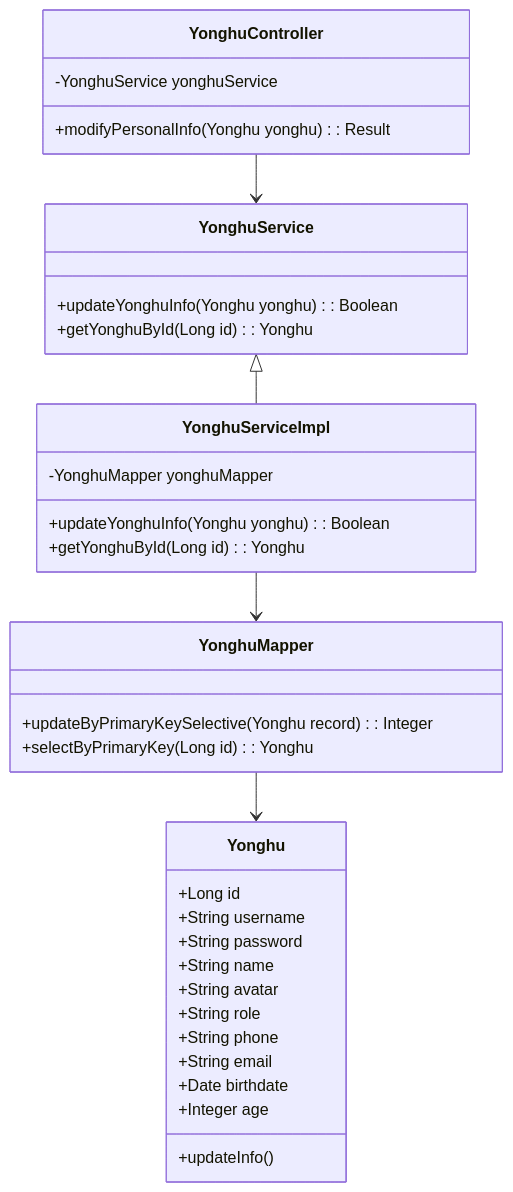
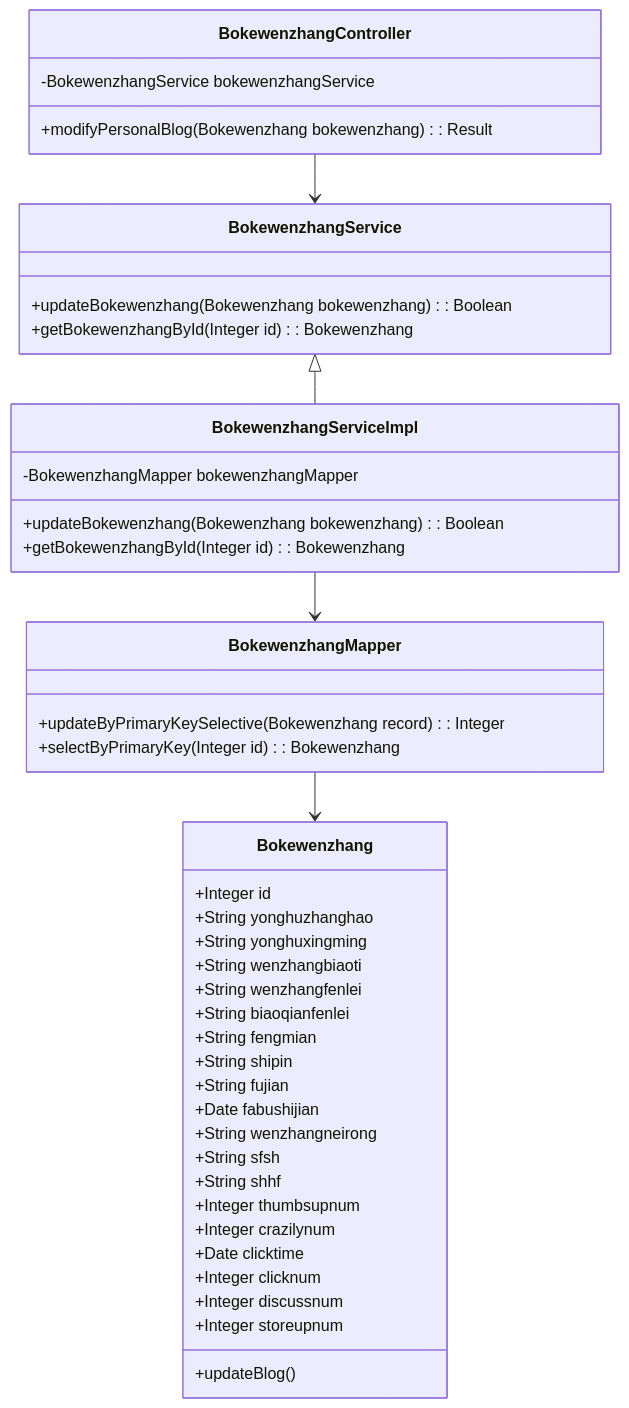
The diagram in all/未命名-5.md (DEbalanceUX/iodraw-files), drawn with Mermaid before and after one commit.

Commit message:
2025-12-26 03:24:20 update

````diff
--- a/all/未命名-5.md
+++ b/all/未命名-5.md
@@ -1,37 +1,46 @@
 ```mermaid
 classDiagram
-    class Yonghu{
-        +Long id
-        +String username
-        +String password
-        +String name
-        +String avatar
-        +String role
-        +String phone
-        +String email
-        +Date birthdate
-        +Integer age
-        +updateInfo()
+    class Bokewenzhang{
+        +Integer id
+        +String yonghuzhanghao
+        +String yonghuxingming
+        +String wenzhangbiaoti
+        +String wenzhangfenlei
+        +String biaoqianfenlei
+        +String fengmian
+        +String shipin
+        +String fujian
+        +Date fabushijian
+        +String wenzhangneirong
+        +String sfsh
+        +String shhf
+        +Integer thumbsupnum
+        +Integer crazilynum
+        +Date clicktime
+        +Integer clicknum
+        +Integer discussnum
+        +Integer storeupnum
+        +updateBlog()
     }
-    class YonghuService{
-        +updateYonghuInfo(Yonghu yonghu) : Boolean
-        +getYonghuById(Long id) : Yonghu
+    class BokewenzhangService{
+        +updateBokewenzhang(Bokewenzhang bokewenzhang) : Boolean
+        +getBokewenzhangById(Integer id) : Bokewenzhang
     }
-    YonghuService <|-- YonghuServiceImpl
-    class YonghuServiceImpl{
-        -YonghuMapper yonghuMapper
-        +updateYonghuInfo(Yonghu yonghu) : Boolean
-        +getYonghuById(Long id) : Yonghu
+    BokewenzhangService <|-- BokewenzhangServiceImpl
+    class BokewenzhangServiceImpl{
+        -BokewenzhangMapper bokewenzhangMapper
+        +updateBokewenzhang(Bokewenzhang bokewenzhang) : Boolean
+        +getBokewenzhangById(Integer id) : Bokewenzhang
     }
-    class YonghuMapper{
-        +updateByPrimaryKeySelective(Yonghu record) : Integer
-        +selectByPrimaryKey(Long id) : Yonghu
+    class BokewenzhangMapper{
+        +updateByPrimaryKeySelective(Bokewenzhang record) : Integer
+        +selectByPrimaryKey(Integer id) : Bokewenzhang
     }
-    class YonghuController{
-        -YonghuService yonghuService
-        +modifyPersonalInfo(Yonghu yonghu) : Result
+    class BokewenzhangController{
+        -BokewenzhangService bokewenzhangService
+        +modifyPersonalBlog(Bokewenzhang bokewenzhang) : Result
     }
-    YonghuController --> YonghuService
-    YonghuServiceImpl --> YonghuMapper
-    YonghuMapper --> Yonghu
+    BokewenzhangController --> BokewenzhangService
+    BokewenzhangServiceImpl --> BokewenzhangMapper
+    BokewenzhangMapper --> Bokewenzhang
 ```
````
